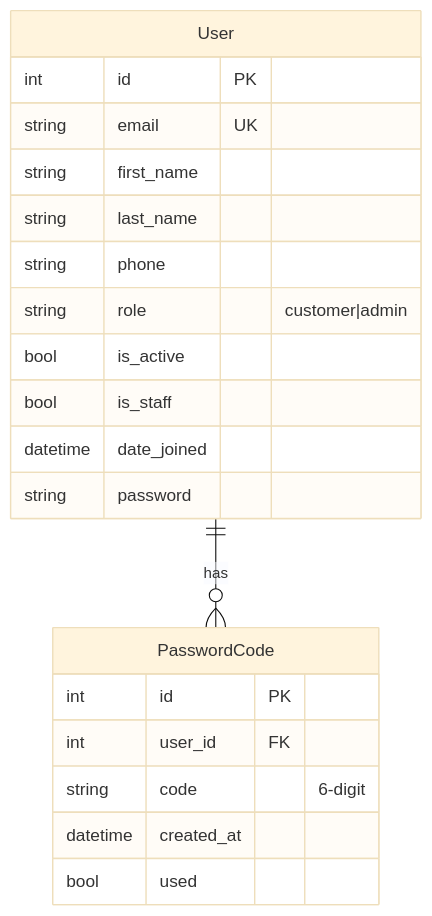
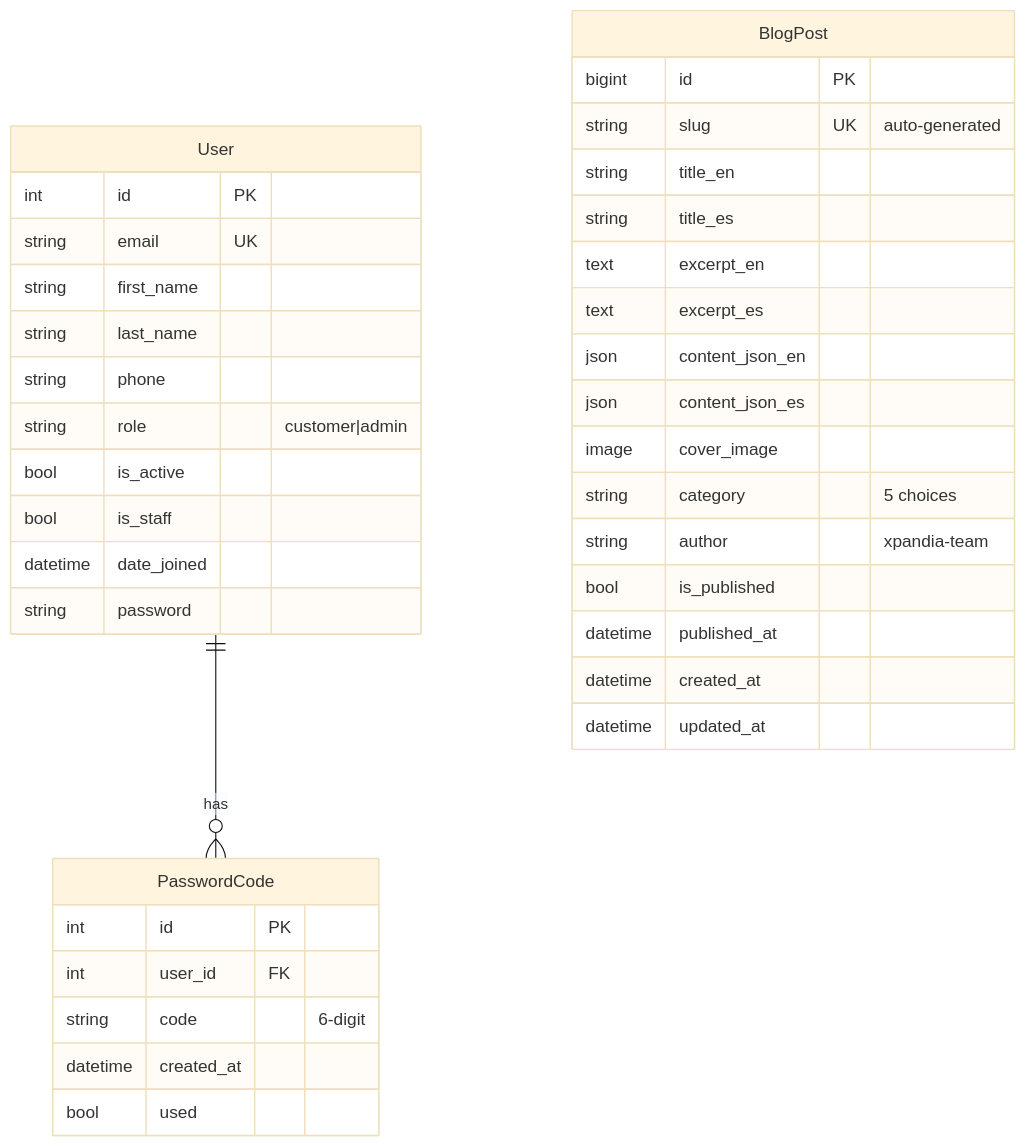
The fourth of 8 diagrams in docs/methodology/architecture.md (gustavop-dev/xpandia_project), drawn with Mermaid (base theme) before and after one commit. The commit also changed other lines of this file and 53 other files, not shown here.

````diff
--- a/docs/methodology/architecture.md
+++ b/docs/methodology/architecture.md
@@ -98,25 +143,43 @@
 ```mermaid
 erDiagram
     User {
         int id PK
         string email UK
         string first_name
         string last_name
         string phone
         string role "customer|admin"
         bool is_active
         bool is_staff
         datetime date_joined
         string password
     }
 
     PasswordCode {
         int id PK
         int user_id FK
         string code "6-digit"
         datetime created_at
         bool used
     }
 
+    BlogPost {
+        bigint id PK
+        string slug UK "auto-generated"
+        string title_en
+        string title_es
+        text excerpt_en
+        text excerpt_es
+        json content_json_en
+        json content_json_es
+        image cover_image
+        string category "5 choices"
+        string author "xpandia-team"
+        bool is_published
+        datetime published_at
+        datetime created_at
+        datetime updated_at
+    }
+
     User ||--o{ PasswordCode : "has"
 ```
````
